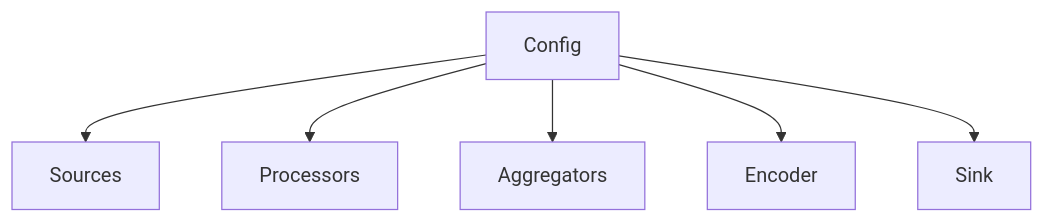
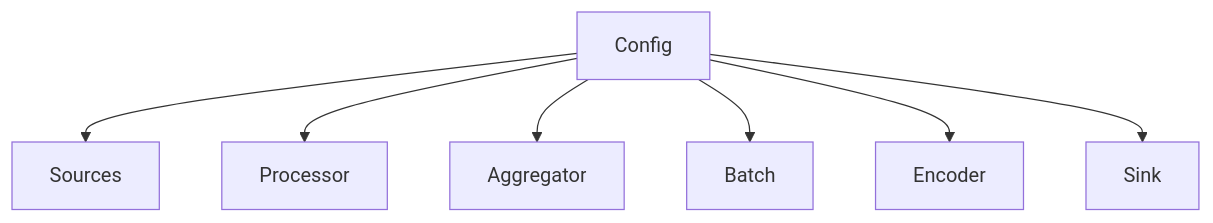
One commit to netsampler/goflow2 changed the sixth of 6 diagrams in docs/reflow-architecture.md. Above: the diagram before and after it, drawn with Mermaid. The commit also changed other lines of this file, not shown here.

````diff
--- a/docs/reflow-architecture.md
+++ b/docs/reflow-architecture.md
@@ -794,8 +899,9 @@
 ```mermaid
 flowchart TD
     C[Config] --> S[Sources]
-    C --> P[Processors]
-    C --> A[Aggregators]
+    C --> P[Processor]
+    C --> A[Aggregator]
+    C --> B[Batch]
     C --> E[Encoder]
     C --> K[Sink]
 ```
````
